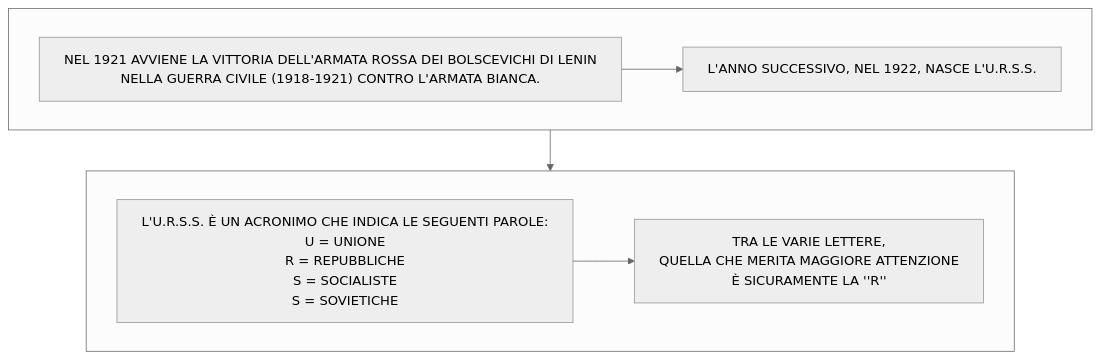
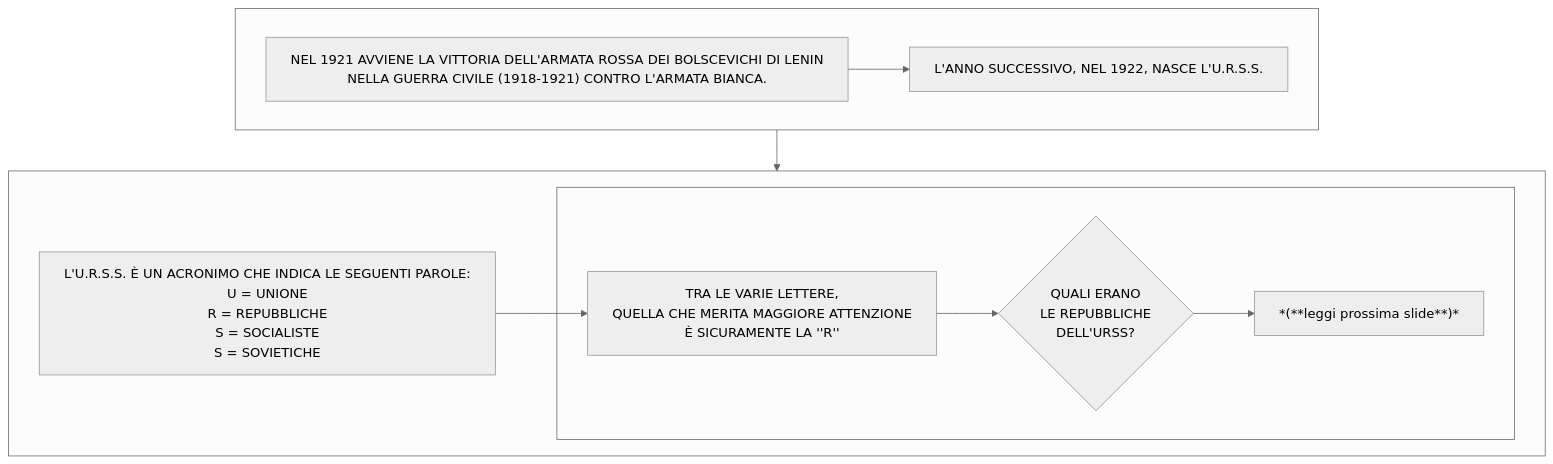
One commit to Laaouatni/ricerca-storia-MermaidJS changed diagram 11 of 11 in stalinismoRiscrittura.md. Above: the diagram before and after it, drawn with Mermaid (neutral theme).

````diff
--- a/stalinismoRiscrittura.md
+++ b/stalinismoRiscrittura.md
@@ -196,15 +196,20 @@
 ```mermaid
 %%{init: { "flowchart": { "wrappingWidth": 800 } }}%%
 flowchart TB
   subgraph 1[" "]
     0["NEL 1921 AVVIENE LA VITTORIA DELL'ARMATA ROSSA DEI BOLSCEVICHI DI LENIN <br>NELLA GUERRA CIVILE (1918-1921) CONTRO L'ARMATA BIANCA."]
     01["L'ANNO SUCCESSIVO, NEL 1922, NASCE L'U.R.S.S."]
     0 --> 01
   end
   subgraph 3[" "]
     2[L'U.R.S.S. È UN ACRONIMO CHE INDICA LE SEGUENTI PAROLE: <br> U = UNIONE <br> R = REPUBBLICHE <br> S = SOCIALISTE <br> S = SOVIETICHE]
-    20[TRA LE VARIE LETTERE, <br>QUELLA CHE MERITA MAGGIORE ATTENZIONE <br>È SICURAMENTE LA ''R'']
+    subgraph 4[" "]
+      20[TRA LE VARIE LETTERE, <br>QUELLA CHE MERITA MAGGIORE ATTENZIONE <br>È SICURAMENTE LA ''R'']
+      5{QUALI ERANO<br> LE REPUBBLICHE <br>DELL'URSS?}
+      6["*(**leggi prossima slide**)*"]
+      20 --> 5 --> 6
+    end
     2 --> 20
   end
   1 --> 3
 ```
````
